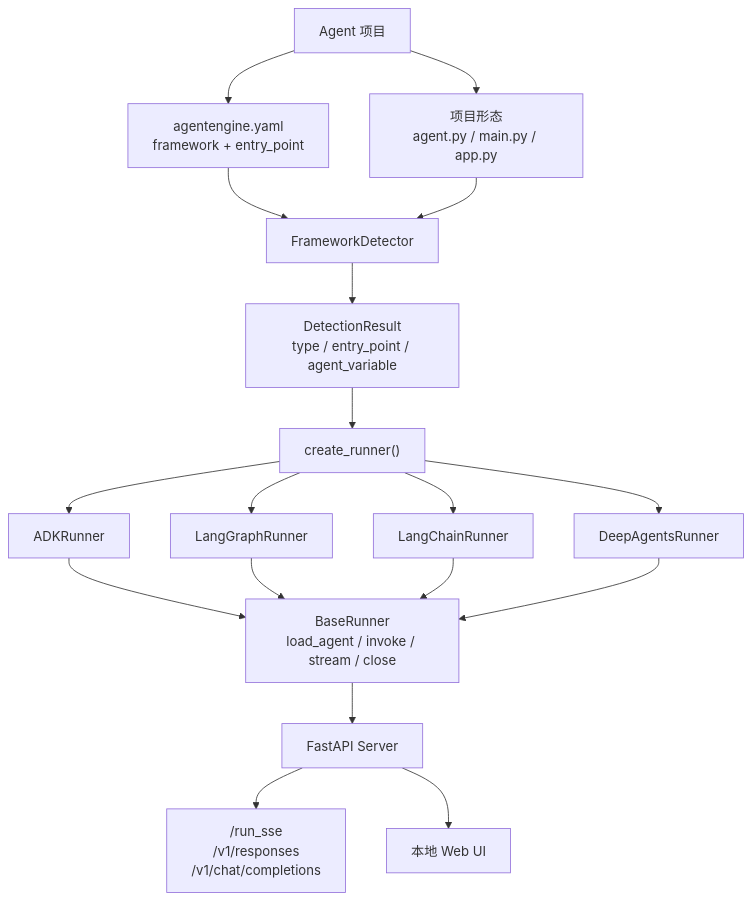
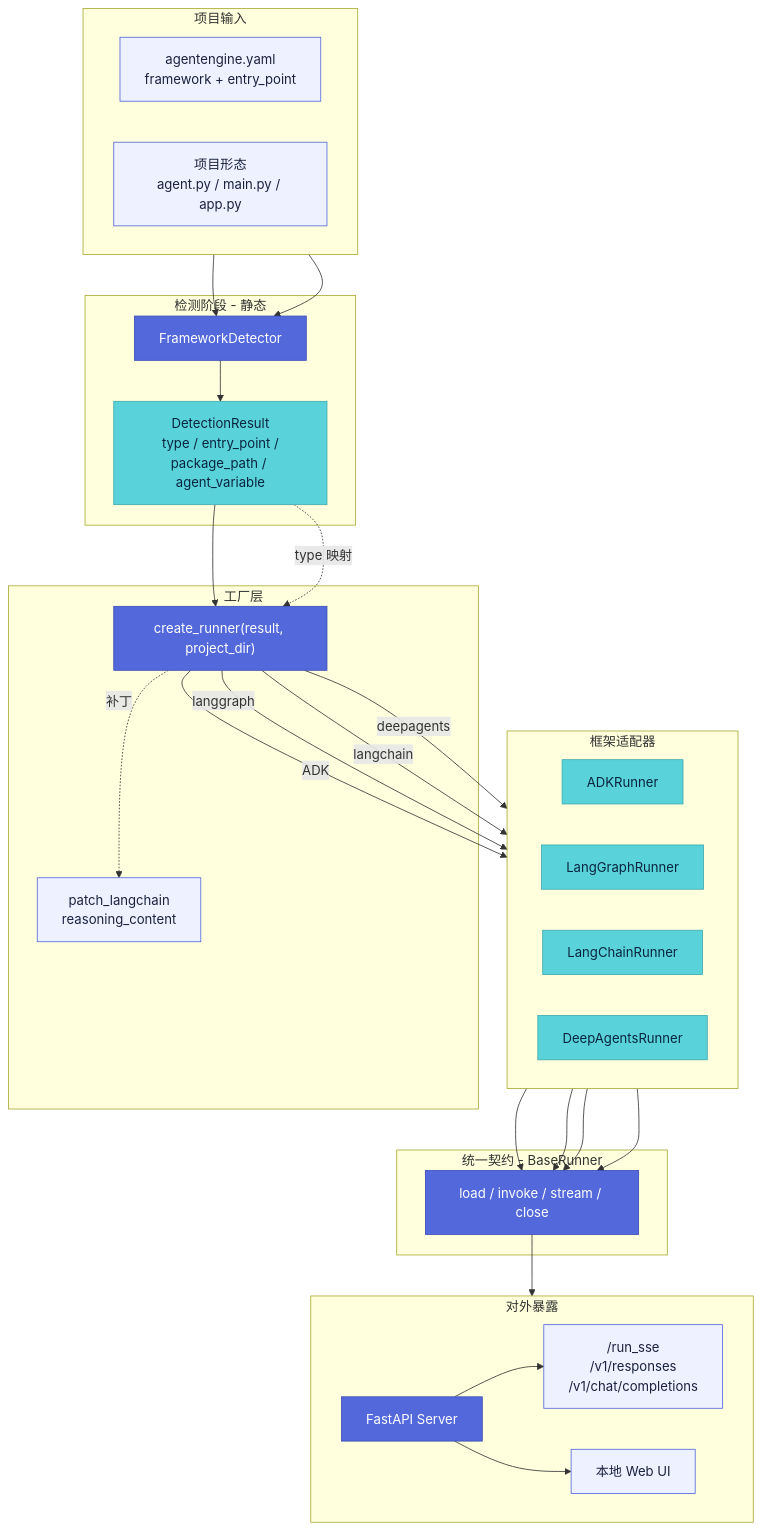
The first of 2 diagrams in docs-site/content/docs/framework/guides/frameworks.mdx (kingsoftcloud/ksadk-python), drawn with Mermaid before and after one commit. The commit also changed other lines of this file and 33 other files, not shown here.

````diff
--- a/docs-site/content/docs/framework/guides/frameworks.mdx
+++ b/docs-site/content/docs/framework/guides/frameworks.mdx
@@ -25,20 +25,59 @@
 ```mermaid
 flowchart TD
-  Project["Agent 项目"] --> Config["agentengine.yaml<br/>framework + entry_point"]
-  Project --> Shape["项目形态<br/>agent.py / main.py / app.py"]
-  Config --> Detect["FrameworkDetector"]
-  Shape --> Detect
-  Detect --> Result["DetectionResult<br/>type / entry_point / agent_variable"]
-  Result --> Factory["create_runner()"]
-  Factory --> ADK["ADKRunner"]
-  Factory --> LG["LangGraphRunner"]
-  Factory --> LC["LangChainRunner"]
-  Factory --> DA["DeepAgentsRunner"]
-  ADK --> Contract["BaseRunner<br/>load_agent / invoke / stream / close"]
-  LG --> Contract
-  LC --> Contract
-  DA --> Contract
-  Contract --> Server["FastAPI Server"]
-  Server --> Protocols["/run_sse<br/>/v1/responses<br/>/v1/chat/completions"]
-  Server --> Web["本地 Web UI"]
+  classDef brandNode fill:#5368db,stroke:#3a4fb5,color:#fff,stroke-width:1px
+  classDef brandAccent fill:#59d3d9,stroke:#3fa9af,color:#0a2540,stroke-width:1px
+  classDef inputNode fill:#eef1ff,stroke:#5368db,color:#1a2240,stroke-width:1px
+
+  subgraph Project["项目输入"]
+    direction LR
+    Config["agentengine.yaml<br/>framework + entry_point"]:::inputNode
+    Shape["项目形态<br/>agent.py / main.py / app.py"]:::inputNode
+  end
+
+  subgraph Detect["检测阶段 - 静态"]
+    Detector["FrameworkDetector"]:::brandNode
+    Result["DetectionResult<br/>type / entry_point /<br/>package_path / agent_variable"]:::brandAccent
+    Detector --> Result
+  end
+
+  subgraph Factory["工厂层"]
+    create["create_runner(result, project_dir)"]:::brandNode
+    Patch["patch_langchain<br/>reasoning_content"]:::inputNode
+    create -.补丁.-> Patch
+  end
+
+  subgraph Runners["框架适配器"]
+    direction LR
+    ADK["ADKRunner"]:::brandAccent
+    LG["LangGraphRunner"]:::brandAccent
+    LC["LangChainRunner"]:::brandAccent
+    DA["DeepAgentsRunner"]:::brandAccent
+  end
+
+  subgraph Contract["统一契约 - BaseRunner"]
+    ContractNode["load / invoke / stream / close"]:::brandNode
+  end
+
+  subgraph Surface["对外暴露"]
+    direction LR
+    Server["FastAPI Server"]:::brandNode
+    Protocols["/run_sse<br/>/v1/responses<br/>/v1/chat/completions"]:::inputNode
+    Web["本地 Web UI"]:::inputNode
+  end
+
+  Config --> Detector
+  Shape --> Detector
+  Result --> create
+  Result -.type 映射.-> create
+  create -->|"ADK"| ADK
+  create -->|"langgraph"| LG
+  create -->|"langchain"| LC
+  create -->|"deepagents"| DA
+  ADK --> ContractNode
+  LG --> ContractNode
+  LC --> ContractNode
+  DA --> ContractNode
+  ContractNode --> Server
+  Server --> Protocols
+  Server --> Web
 ```
````
